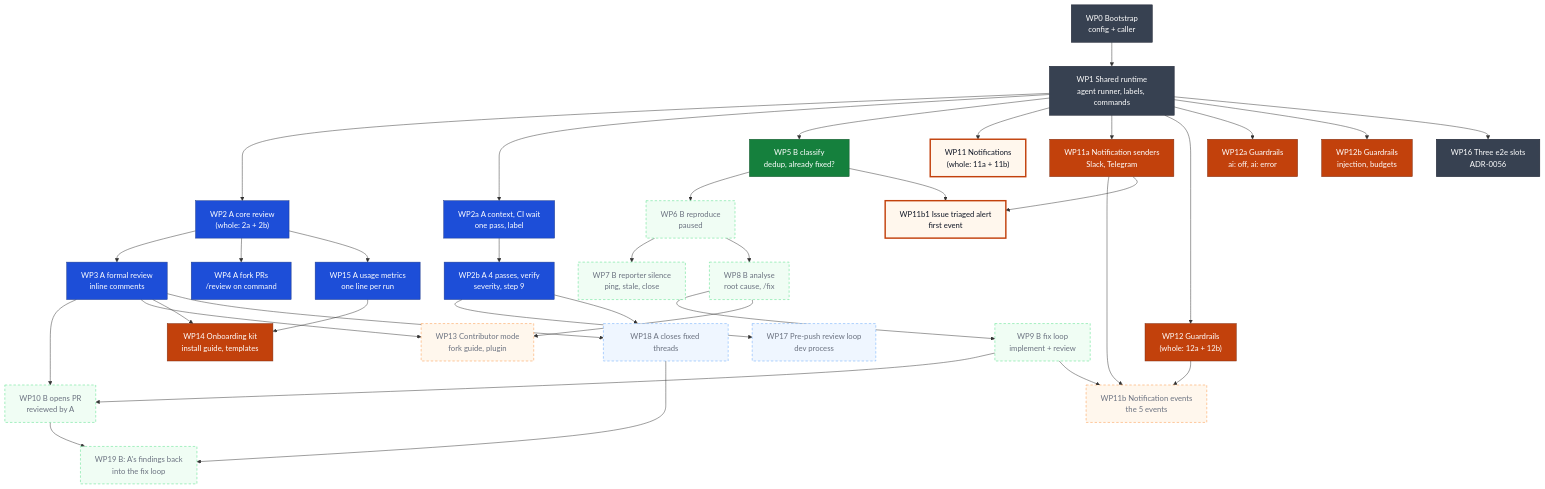
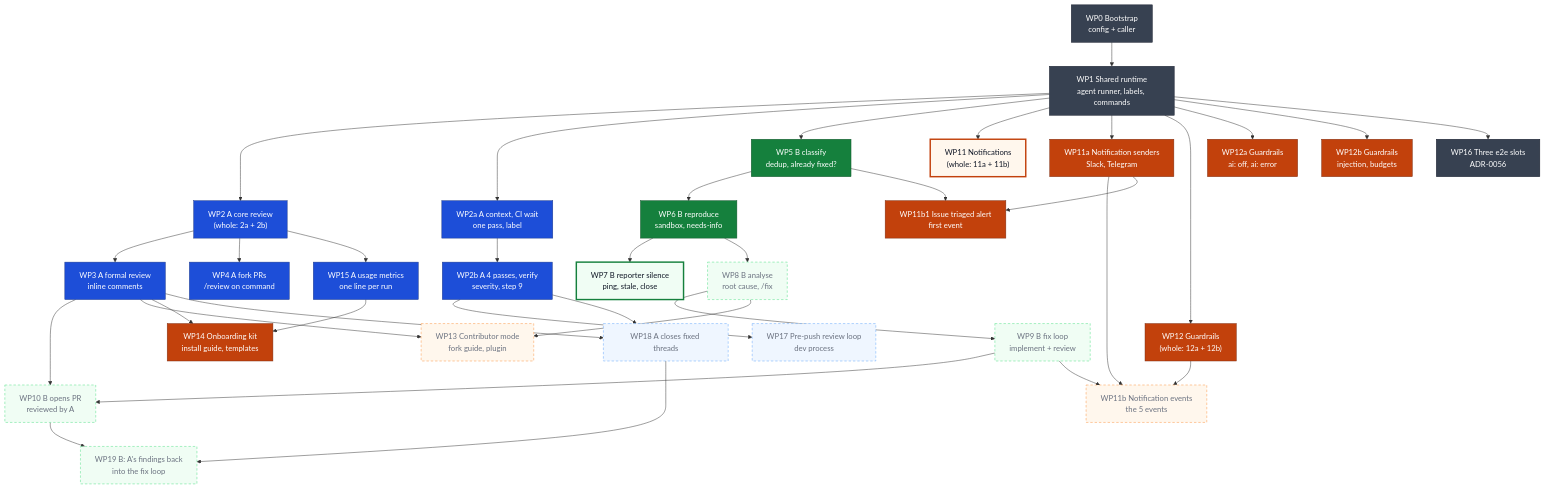
The first of 15 diagrams in docs/diagrams.md (esciara/ai-workflows), drawn with Mermaid before and after one commit. The commit also changed other lines of this file, not shown here.

First line of the commit message:
docs(diagrams): WP6 reproduce diagram, WP6/WP11b1 done, WP7 in progress, /reproduce, guard error clearing

```diff
--- a/docs/diagrams.md
+++ b/docs/diagrams.md
@@ -30,7 +30,7 @@
   WP3["WP3 A formal review<br/>inline comments"]
   WP4["WP4 A fork PRs<br/>/review on command"]
   WP5["WP5 B classify<br/>dedup, already fixed?"]
-  WP6["WP6 B reproduce<br/>paused"]
+  WP6["WP6 B reproduce<br/>sandbox, needs-info"]
   WP7["WP7 B reporter silence<br/>ping, stale, close"]
   WP8["WP8 B analyse<br/>root cause, /fix"]
   WP9["WP9 B fix loop<br/>implement + review"]
@@ -134,15 +134,15 @@
   class WP3 aDone
   class WP4 aDone
   class WP5 bDone
-  class WP6 b
-  class WP7 b
+  class WP6 bDone
+  class WP7 bWip
   class WP8 b
   class WP9 b
   class WP10 b
   class WP11 xWip
   class WP11a xDone
   class WP11b x
-  class WP11b1 xWip
+  class WP11b1 xDone
   class WP12 xDone
   class WP12a xDone
   class WP12b xDone
```
